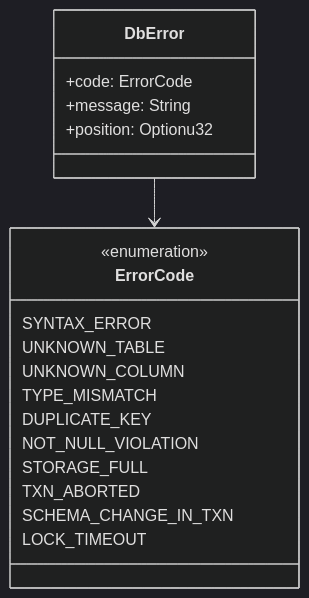
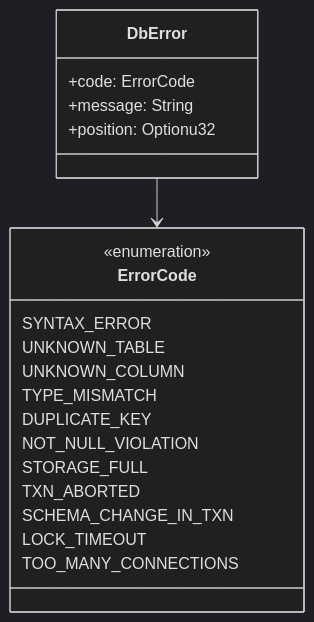
Before and after one commit to mAzurkovic/garibaldb: the eighth of 8 diagrams in docs/internals.md, drawn with Mermaid (dark theme). The commit also changed other lines of this file and 15 other files, not shown here.

````diff
--- a/docs/internals.md
+++ b/docs/internals.md
@@ -483,22 +483,23 @@
 ```mermaid
 classDiagram
     class ErrorCode {
         <<enumeration>>
         SYNTAX_ERROR
         UNKNOWN_TABLE
         UNKNOWN_COLUMN
         TYPE_MISMATCH
         DUPLICATE_KEY
         NOT_NULL_VIOLATION
         STORAGE_FULL
         TXN_ABORTED
         SCHEMA_CHANGE_IN_TXN
         LOCK_TIMEOUT
+        TOO_MANY_CONNECTIONS
     }
     class DbError {
         +code: ErrorCode
         +message: String
         +position: Optionu32
     }
     DbError --> ErrorCode
 ```
````
